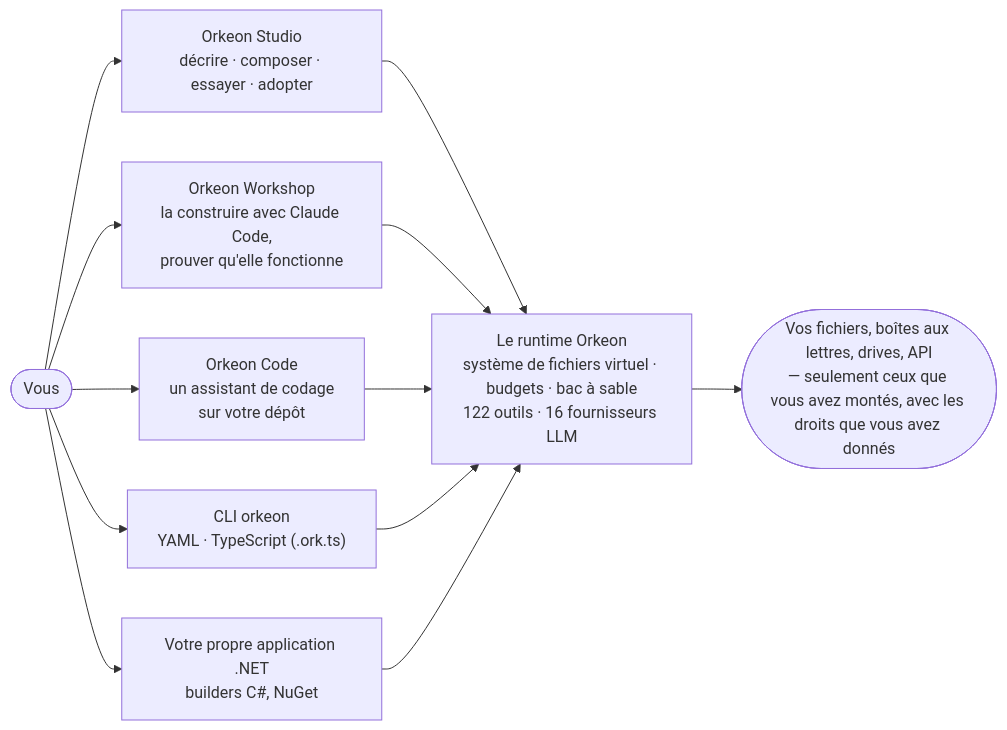
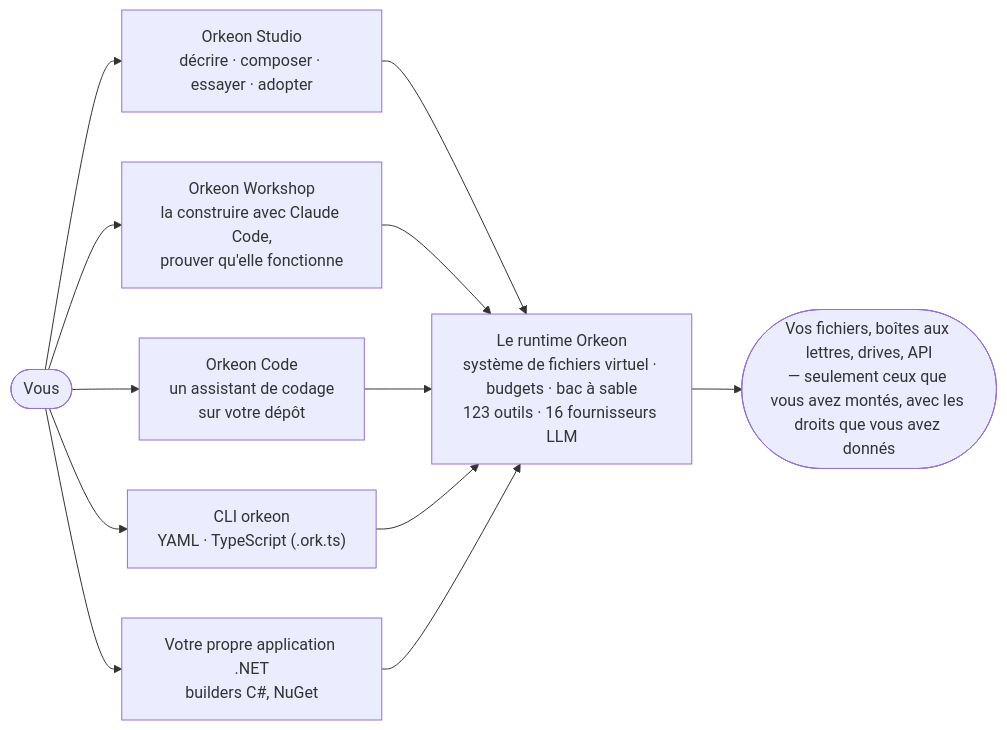
The diagram in README.fr.md (Orkeon/orkeon), drawn with Mermaid before and after one commit. The commit also changed other lines of this file and 41 other files, not shown here.

````diff
--- a/README.fr.md
+++ b/README.fr.md
@@ -30,10 +30,10 @@
 ```mermaid
 flowchart LR
     you(["Vous"]) --> studio["Orkeon Studio<br/>décrire · composer · essayer · adopter"]
     you --> workshop["Orkeon Workshop<br/>la construire avec Claude Code,<br/>prouver qu'elle fonctionne"]
     you --> code["Orkeon Code<br/>un assistant de codage<br/>sur votre dépôt"]
     you --> cli["CLI orkeon<br/>YAML · TypeScript (.ork.ts)"]
     you --> app["Votre propre application .NET<br/>builders C#, NuGet"]
-    studio & workshop & code & cli & app --> runtime["Le runtime Orkeon<br/>système de fichiers virtuel · budgets · bac à sable<br/>122 outils · 16 fournisseurs LLM"]
+    studio & workshop & code & cli & app --> runtime["Le runtime Orkeon<br/>système de fichiers virtuel · budgets · bac à sable<br/>123 outils · 16 fournisseurs LLM"]
     runtime --> world(["Vos fichiers, boîtes aux lettres, drives, API<br/>— seulement ceux que vous avez montés, avec les droits que vous avez donnés"])
 ```
````
